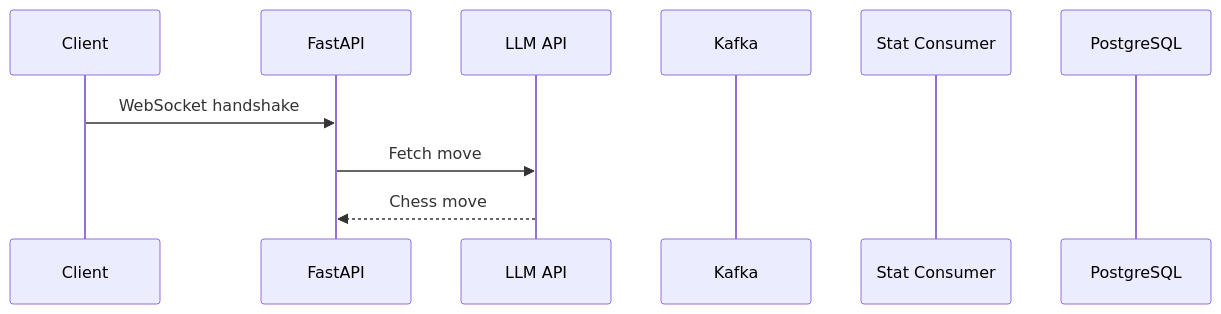
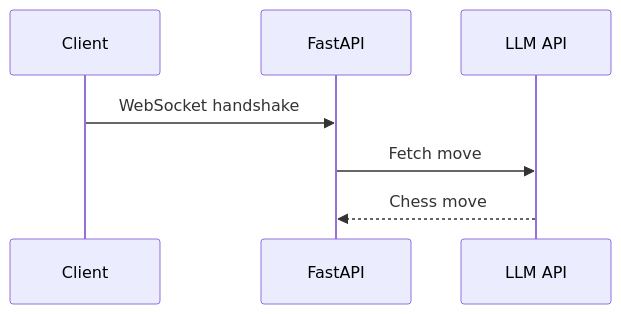
Before and after one commit to roddylan/ChessVLM-backend: the second of 2 diagrams in docs/architecture.md, drawn with Mermaid. The commit also changed other lines of this file, not shown here.

Commit message:
updated diagrams, removed unused features

````diff
--- a/docs/architecture.md
+++ b/docs/architecture.md
@@ -31,13 +25,10 @@
 ```mermaid
 sequenceDiagram
     participant C as Client
     participant A as FastAPI
     participant L as LLM API
-    participant K as Kafka
-    participant ST as Stat Consumer
-    participant DB as PostgreSQL
 
     C ->> A: WebSocket handshake
     A ->> L: Fetch move
     L -->> A: Chess move
 ```
````
